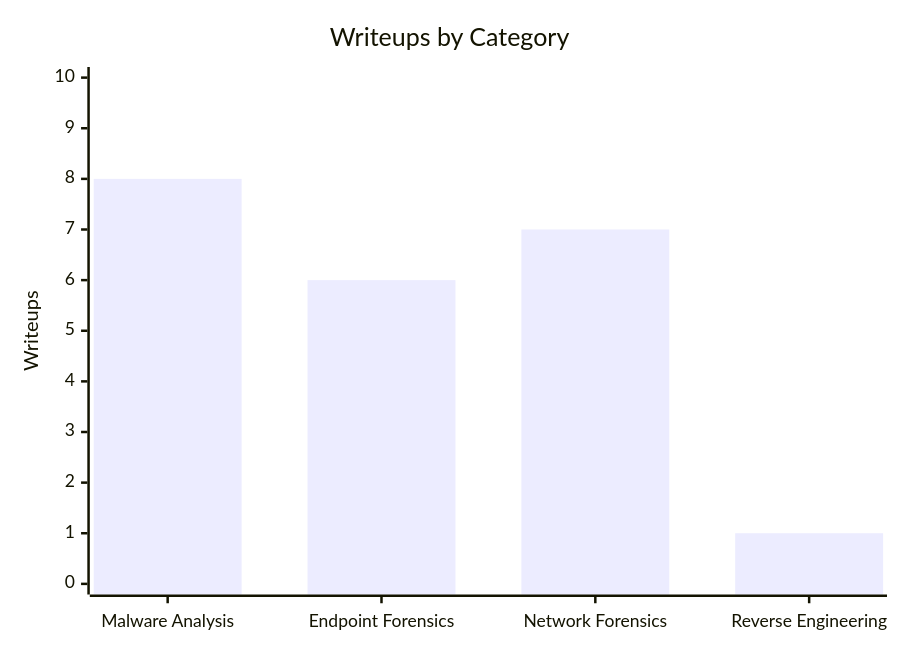
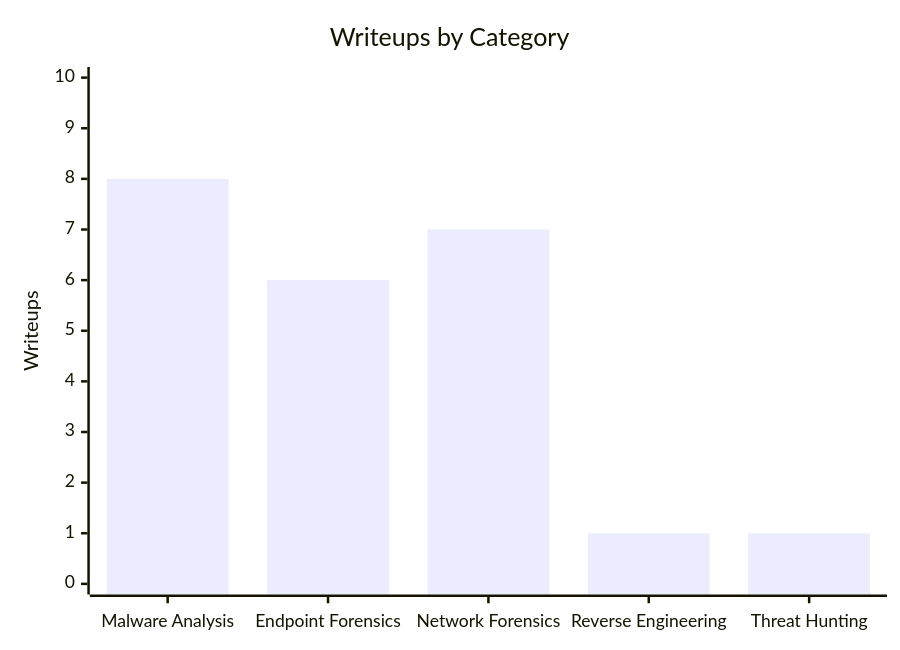
Before and after one commit to FrancisVillalon/cyberdefender-writeups: the diagram in README.md, drawn with Mermaid. The commit also changed other lines of this file and 10 other files, not shown here.

Commit message:
added threat hunting and completed revil

````diff
--- a/README.md
+++ b/README.md
@@ -7,7 +7,7 @@
 ```mermaid
 xychart-beta
     title "Writeups by Category"
-    x-axis ["Malware Analysis", "Endpoint Forensics", "Network Forensics", "Reverse Engineering"]
+    x-axis ["Malware Analysis", "Endpoint Forensics", "Network Forensics", "Reverse Engineering", "Threat Hunting"]
     y-axis "Writeups" 0 --> 10
-    bar [8, 6, 7, 1]
+    bar [8, 6, 7, 1, 1]
 ```
````
